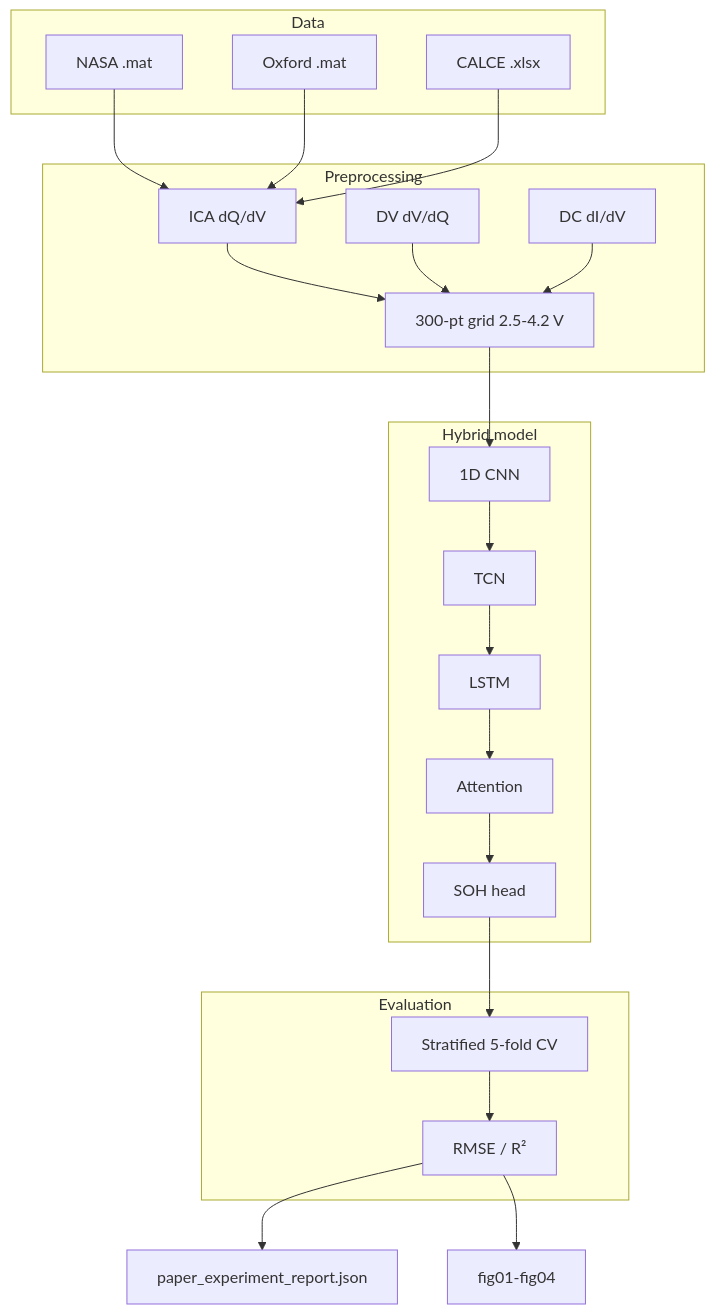
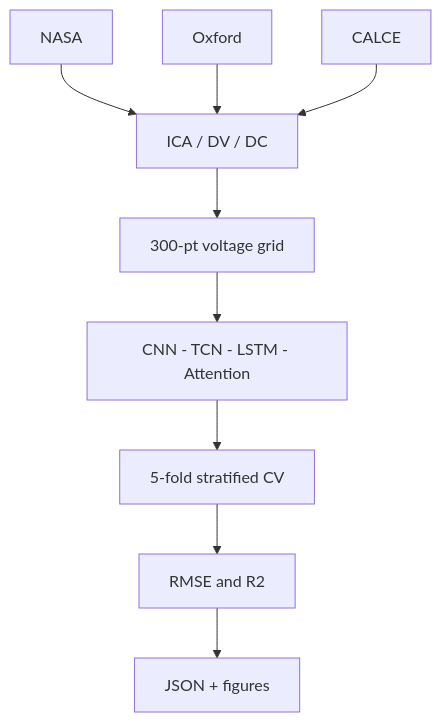
The diagram in README.md (VamshiKrishnaBandari07/MSc-CAPSTONE-PROJECT-SOH-RUL-PREDICTION--), drawn with Mermaid before and after one commit. The commit also changed other lines of this file and 13 other files, not shown here.

````diff
--- a/README.md
+++ b/README.md
@@ -35,35 +35,11 @@
 ```mermaid
 flowchart TB
-  subgraph data [Data]
-    NASA[NASA .mat]
-    OXF[Oxford .mat]
-    CAL[CALCE .xlsx]
-  end
-  subgraph prep [Preprocessing]
-    ICA[ICA dQ/dV]
-    DV[DV dV/dQ]
-    DC[DC dI/dV]
-    GRID[300-pt grid 2.5-4.2 V]
-  end
-  subgraph model [Hybrid model]
-    CNN[1D CNN]
-    TCN[TCN]
-    LSTM[LSTM]
-    ATT[Attention]
-    SOH[SOH head]
-  end
-  subgraph eval [Evaluation]
-    CV[Stratified 5-fold CV]
-    MET[RMSE / R²]
-  end
-  NASA --> ICA
-  OXF --> ICA
-  CAL --> ICA
-  ICA --> GRID
-  DV --> GRID
-  DC --> GRID
-  GRID --> CNN --> TCN --> LSTM --> ATT --> SOH
-  SOH --> CV --> MET
-  MET --> JSON[paper_experiment_report.json]
-  MET --> FIGS[fig01-fig04]
+  D1[NASA] --> F[ICA / DV / DC]
+  D2[Oxford] --> F
+  D3[CALCE] --> F
+  F --> G[300-pt voltage grid]
+  G --> M[CNN - TCN - LSTM - Attention]
+  M --> CV[5-fold stratified CV]
+  CV --> R[RMSE and R2]
+  R --> OUT[JSON + figures]
 ```
````
